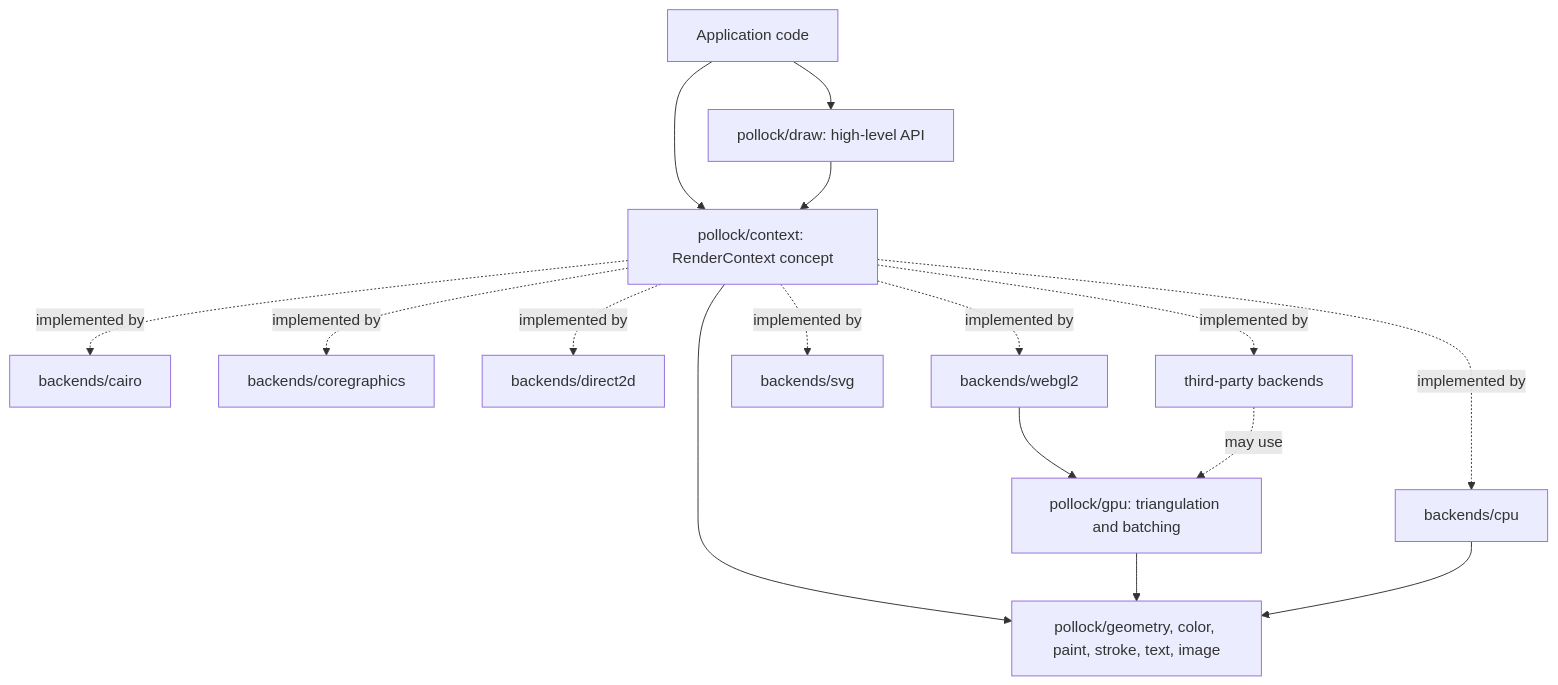
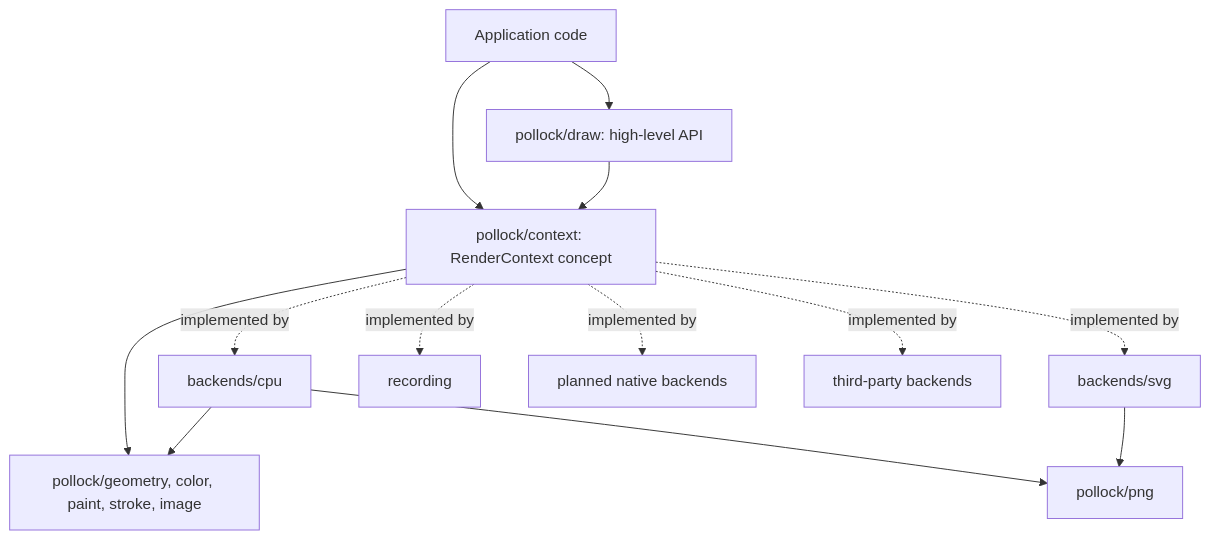
One commit to playforge-coding/pollock changed the diagram in AGENTS.md. Above: the diagram before and after it, drawn with Mermaid. The commit also changed other lines of this file and 55 other files, not shown here.

First line of the commit message:
Add the MVP: core API, CPU and SVG backends, tests, docs and CI (#1)

````diff
--- a/AGENTS.md
+++ b/AGENTS.md
@@ -24,18 +23,15 @@
 ```mermaid
 flowchart TD
   app[Application code] --> hl[pollock/draw: high-level API]
   app --> ctx
   hl --> ctx[pollock/context: RenderContext concept]
-  ctx --> geo[pollock/geometry, color, paint, stroke, text, image]
-  ctx -.implemented by.-> cairo[backends/cairo]
-  ctx -.implemented by.-> cg[backends/coregraphics]
-  ctx -.implemented by.-> d2d[backends/direct2d]
-  ctx -.implemented by.-> gl[backends/webgl2]
+  ctx --> geo[pollock/geometry, color, paint, stroke, image]
+  ctx -.implemented by.-> cpu[backends/cpu]
   ctx -.implemented by.-> svg[backends/svg]
-  ctx -.implemented by.-> cpu[backends/cpu]
+  ctx -.implemented by.-> rec[recording]
+  ctx -.implemented by.-> native[planned native backends]
   ctx -.implemented by.-> ext[third-party backends]
-  gl --> gpu[pollock/gpu: triangulation and batching]
-  ext -.may use.-> gpu
-  gpu --> geo
   cpu --> geo
+  cpu --> png[pollock/png]
+  svg --> png
 ```
````
